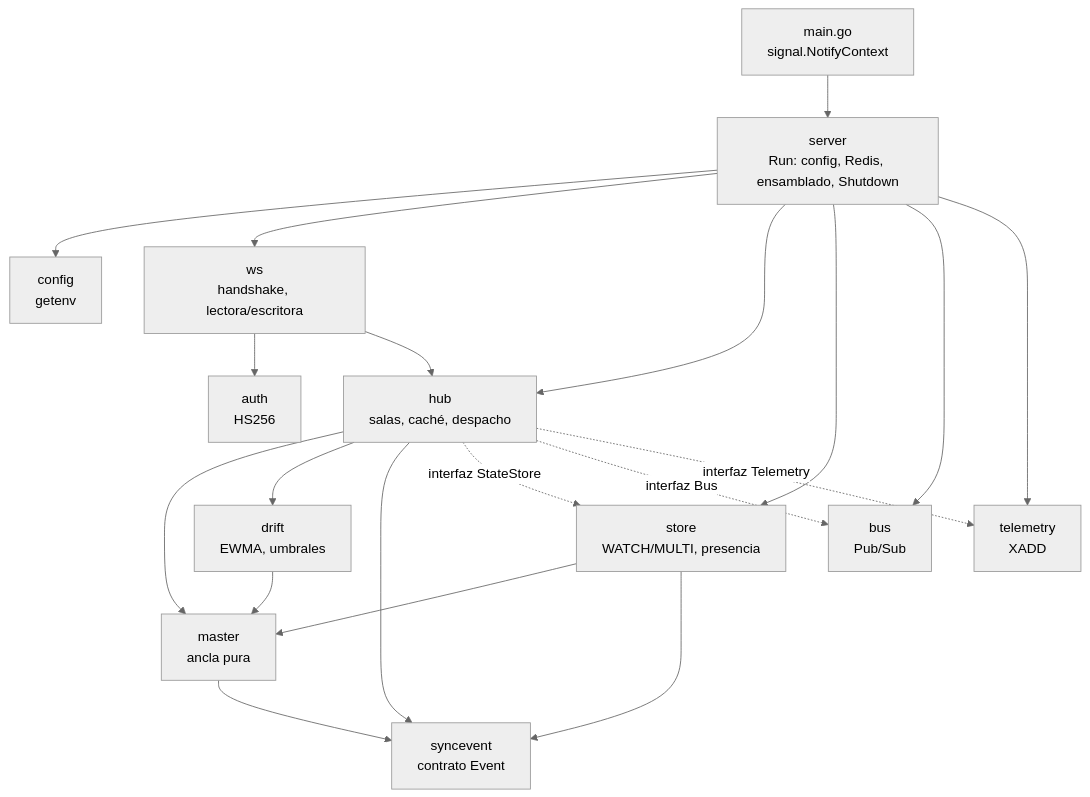
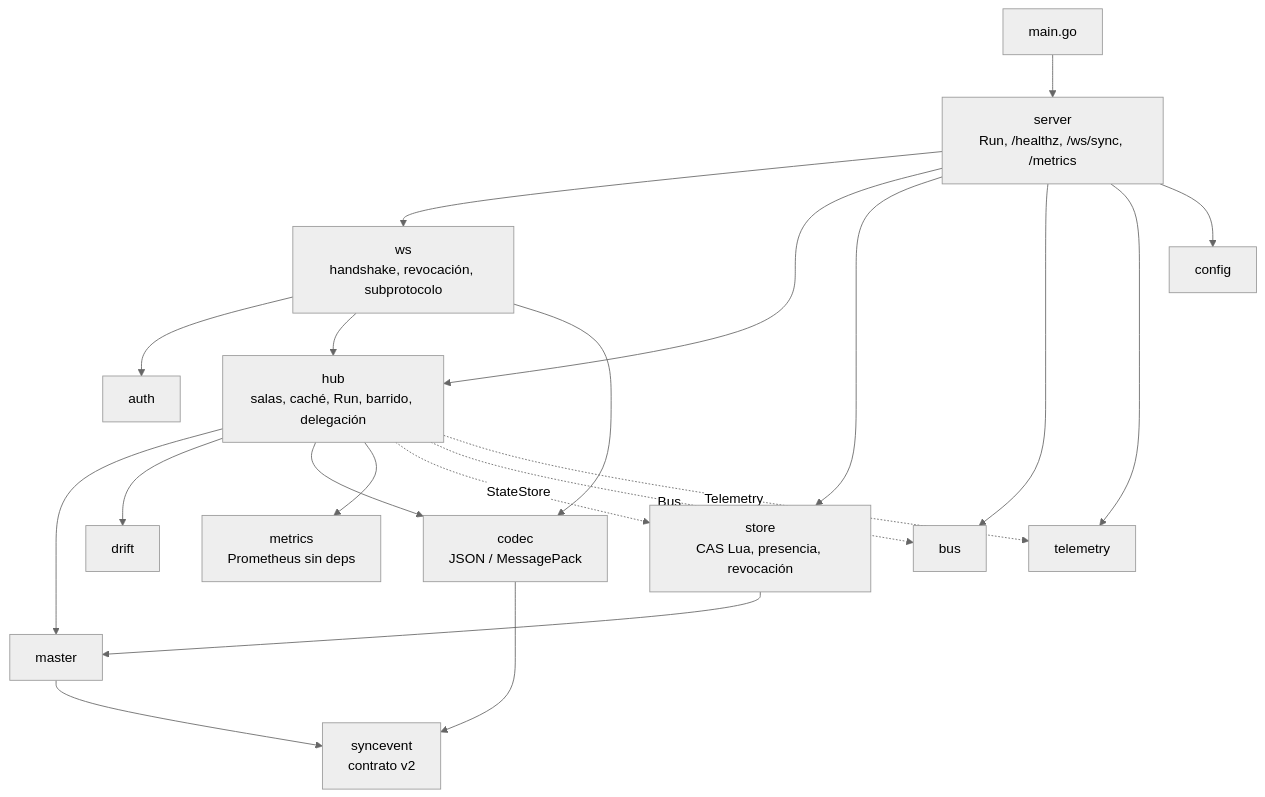
One commit to N1ghtlyC0de/TINT changed diagram 15 of 17 in docs/dominio-reproduccion.md. Above: the diagram before and after it, drawn with Mermaid (neutral theme). The commit also changed other lines of this file and 2 other files, not shown here.

First line of the commit message:
docs(sync-core): Canal Sync v2 en la documentación del dominio

````diff
--- a/docs/dominio-reproduccion.md
+++ b/docs/dominio-reproduccion.md
@@ -449,27 +607,15 @@
 ```mermaid
 flowchart TD
-    main["main.go<br/>signal.NotifyContext"] --> server
-    server["server<br/>Run: config, Redis, ensamblado, Shutdown"] --> config
-    server --> ws
-    server --> hub
-    server --> store
-    server --> bus
-    server --> telemetry
-    ws["ws<br/>handshake, lectora/escritora"] --> auth
-    ws --> hub
-    hub["hub<br/>salas, caché, despacho"] --> master
-    hub --> drift
-    hub --> syncevent
-    hub -. "interfaz StateStore" .-> store
-    hub -. "interfaz Bus" .-> bus
-    hub -. "interfaz Telemetry" .-> telemetry
-    store["store<br/>WATCH/MULTI, presencia"] --> master
-    store --> syncevent
-    drift["drift<br/>EWMA, umbrales"] --> master
-    master["master<br/>ancla pura"] --> syncevent
-    auth["auth<br/>HS256"]
-    bus["bus<br/>Pub/Sub"]
-    telemetry["telemetry<br/>XADD"]
-    config["config<br/>getenv"]
-    syncevent["syncevent<br/>contrato Event"]
+    main["main.go"] --> server
+    server["server<br/>Run, /healthz, /ws/sync, /metrics"] --> ws & hub & store & bus & telemetry & config
+    ws["ws<br/>handshake, revocación, subprotocolo"] --> auth & hub & codec
+    hub["hub<br/>salas, caché, Run, barrido, delegación"] --> master & drift & codec & metrics
+    hub -. "StateStore" .-> store
+    hub -. "Bus" .-> bus
+    hub -. "Telemetry" .-> telemetry
+    store["store<br/>CAS Lua, presencia, revocación"] --> master
+    master["master"] --> syncevent
+    codec["codec<br/>JSON / MessagePack"] --> syncevent
+    metrics["metrics<br/>Prometheus sin deps"]
+    syncevent["syncevent<br/>contrato v2"]
 ```
````
